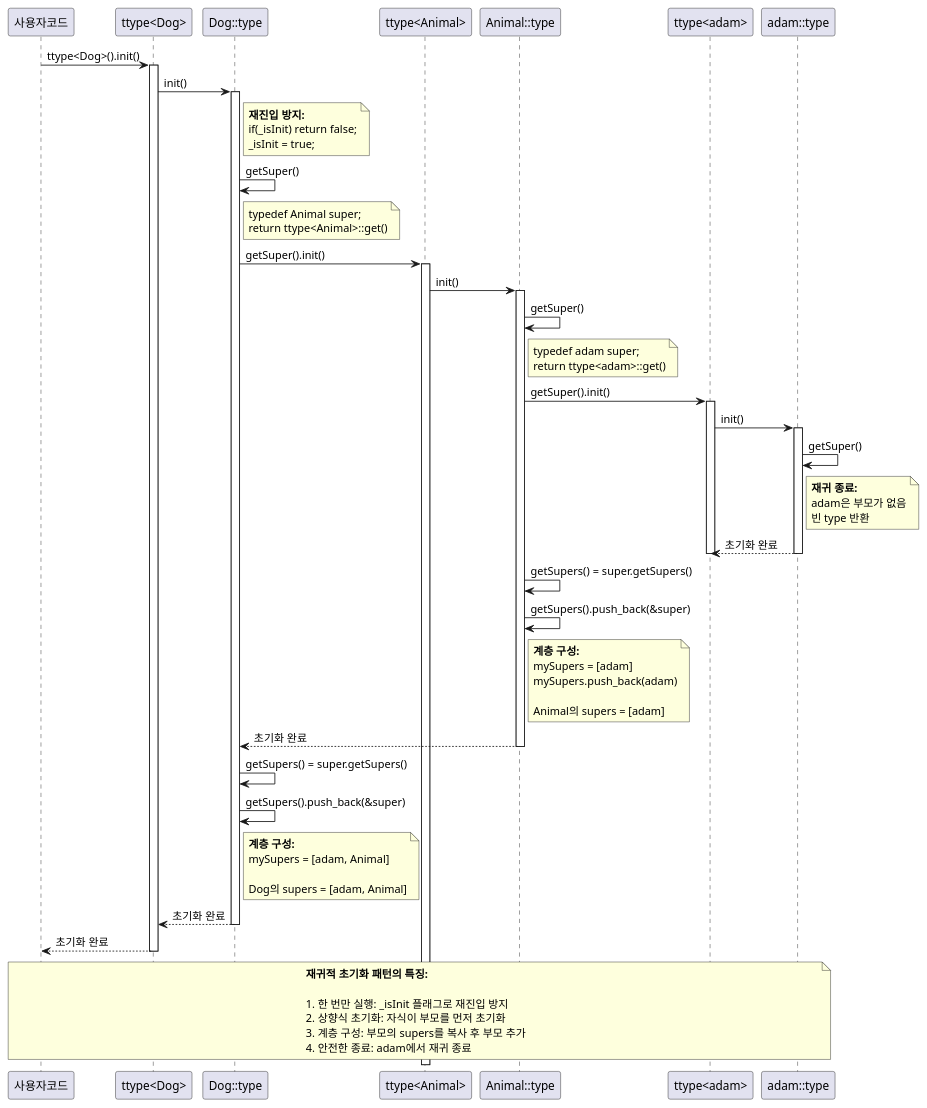
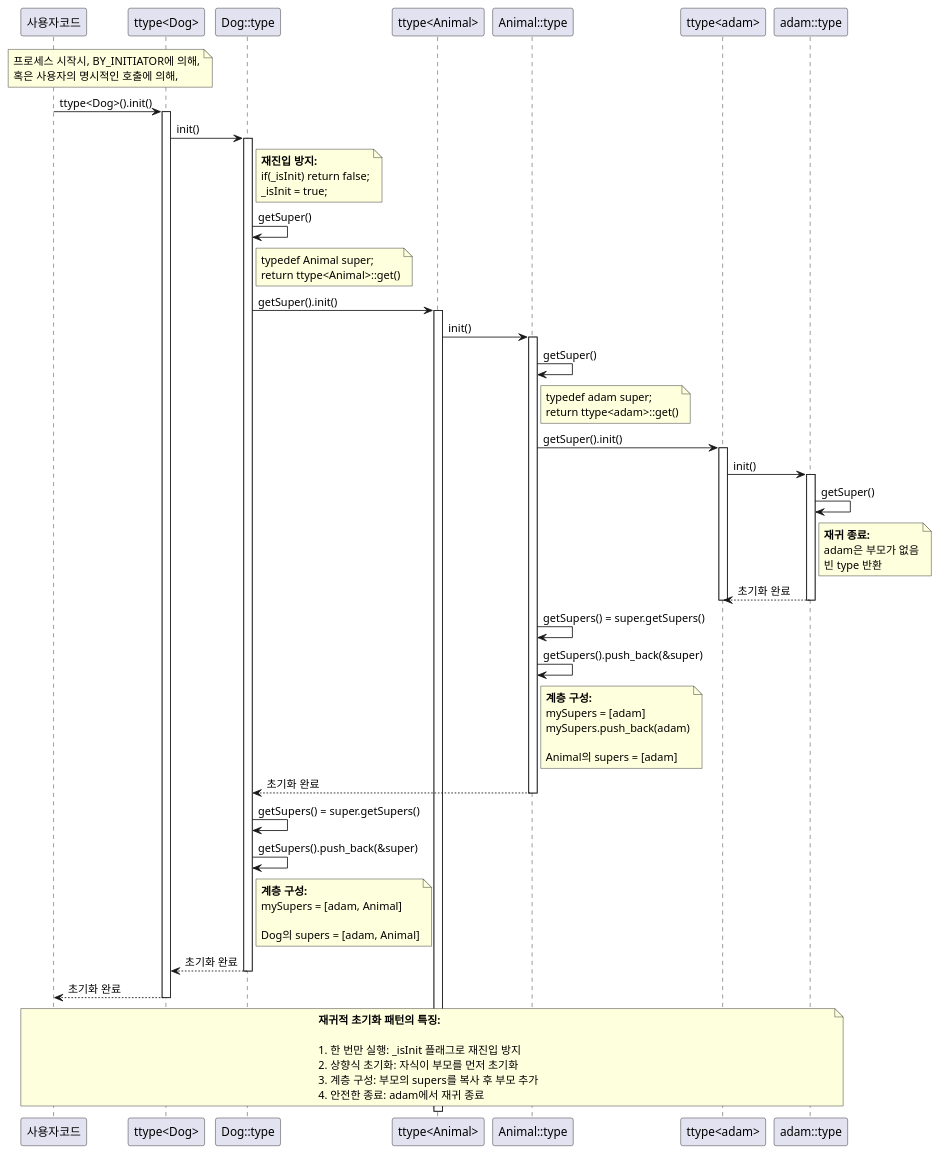
The second of 2 diagrams in doc/ref/ko/af-architecture-meta.md (byeolang/byeol), drawn with PlantUML before and after one commit. The commit also changed other lines of this file, not shown here.

```diff
--- a/doc/ref/ko/af-architecture-meta.md
+++ b/doc/ref/ko/af-architecture-meta.md
@@ -79,6 +421,11 @@
 participant "Animal::type" as animalType
 participant "ttype<adam>" as ttypeAdam
 participant "adam::type" as adamType
+
+note over user, ttypeDog
+프로세스 시작시, BY_INITIATOR에 의해,
+혹은 사용자의 명시적인 호출에 의해,
+end note
 
 user -> ttypeDog : ttype<Dog>().init()
 activate ttypeDog
```
